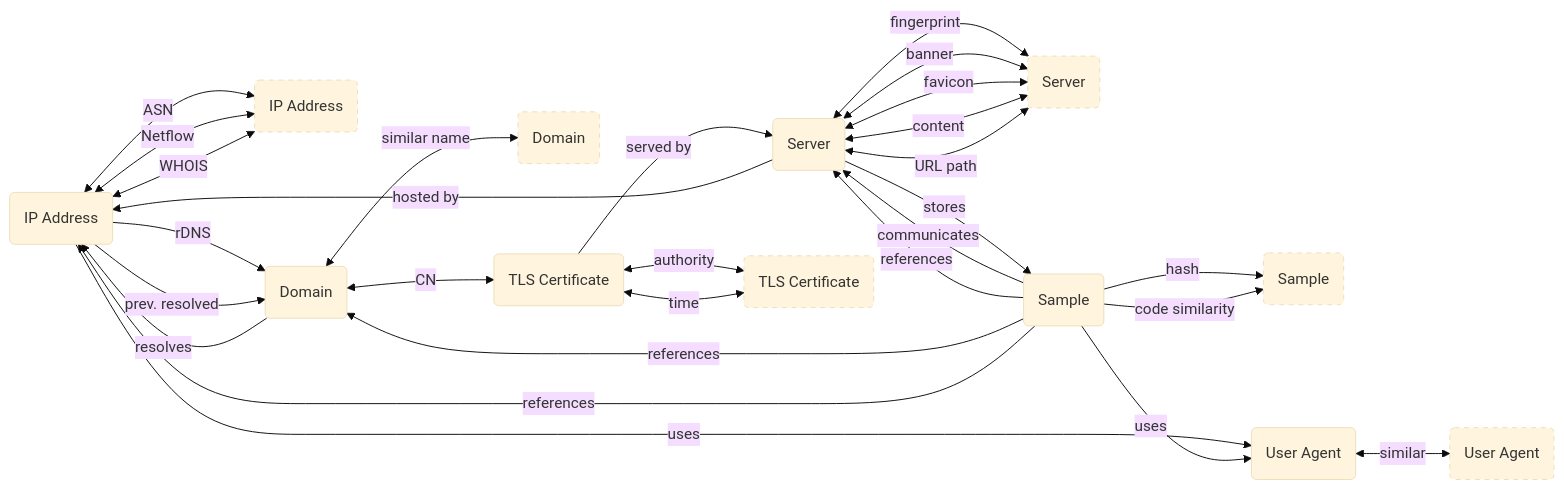
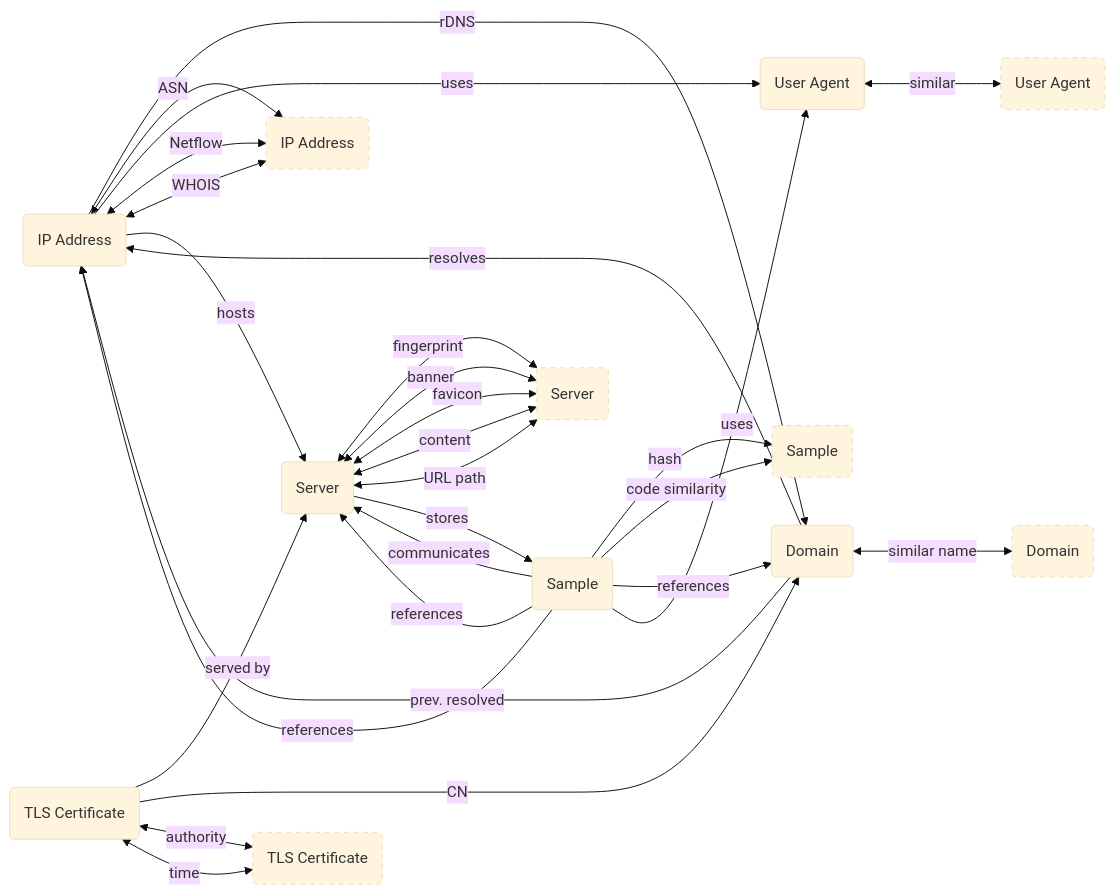
One commit to korniko98/pivot-atlas changed the diagram in docs/map/index.md. Above: the diagram before and after it, drawn with Mermaid (base theme). The commit also changed other lines of this file and 7 other files, not shown here.

````diff
--- a/docs/map/index.md
+++ b/docs/map/index.md
@@ -13,47 +11,47 @@
 ```mermaid
 flowchart LR
 	classDef secondary stroke-dasharray: 5 5
 	
 	%% define nodes
 	IP_ADDRESS(IP Address)
+	DOMAIN(Domain)
+	SERVER(Server)
+	TLS_CERT(TLS Certificate)
+	SAMPLE(Sample)
+	USER_AGENT(User Agent)
 	IP_ADDRESS_(IP Address):::secondary
-	DOMAIN(Domain)
 	DOMAIN_(Domain):::secondary
-	SERVER(Server)
 	SERVER_(Server):::secondary
-	TLS_CERT(TLS Certificate)
 	TLS_CERT_(TLS Certificate):::secondary
-	SAMPLE(Sample)
 	SAMPLE_(Sample):::secondary
-	USER_AGENT(User Agent)
 	USER_AGENT_(User Agent):::secondary
 	
 	%% define edges
 	DOMAIN -- resolves --> IP_ADDRESS
+	DOMAIN -- prev. resolved --> IP_ADDRESS
+	DOMAIN <-- similar name --> DOMAIN_
 	IP_ADDRESS -- rDNS --> DOMAIN
-	IP_ADDRESS -- prev. resolved --> DOMAIN
 	IP_ADDRESS <-- ASN --> IP_ADDRESS_
 	IP_ADDRESS -- uses --> USER_AGENT
 	IP_ADDRESS <-- Netflow --> IP_ADDRESS_
 	IP_ADDRESS <-- WHOIS --> IP_ADDRESS_
-	SERVER -- hosted by --> IP_ADDRESS
-	SAMPLE -- communicates --> SERVER
-	SAMPLE -- references --> SERVER
+	IP_ADDRESS -- hosts --> SERVER
 	SERVER <-- fingerprint --> SERVER_
 	SERVER <-- banner --> SERVER_
 	SERVER <-- favicon --> SERVER_
 	SERVER <-- content --> SERVER_
 	SERVER <-- URL path --> SERVER_
 	SERVER -- stores --> SAMPLE
 	TLS_CERT -- served by--> SERVER
-	DOMAIN <-- CN --> TLS_CERT
-	DOMAIN <-- similar name --> DOMAIN_
+	TLS_CERT -- CN --> DOMAIN
+	TLS_CERT <-- authority--> TLS_CERT_
+	TLS_CERT <-- time--> TLS_CERT_
+	USER_AGENT <-- similar --> USER_AGENT_
+	SAMPLE -- communicates --> SERVER
+	SAMPLE -- references --> SERVER
 	SAMPLE -- hash --> SAMPLE_
 	SAMPLE -- code similarity --> SAMPLE_
 	SAMPLE -- references --> DOMAIN
 	SAMPLE -- references --> IP_ADDRESS
 	SAMPLE -- uses --> USER_AGENT
-	TLS_CERT <-- authority--> TLS_CERT_
-	TLS_CERT <-- time--> TLS_CERT_
-	USER_AGENT <-- similar --> USER_AGENT_
 ```
````
